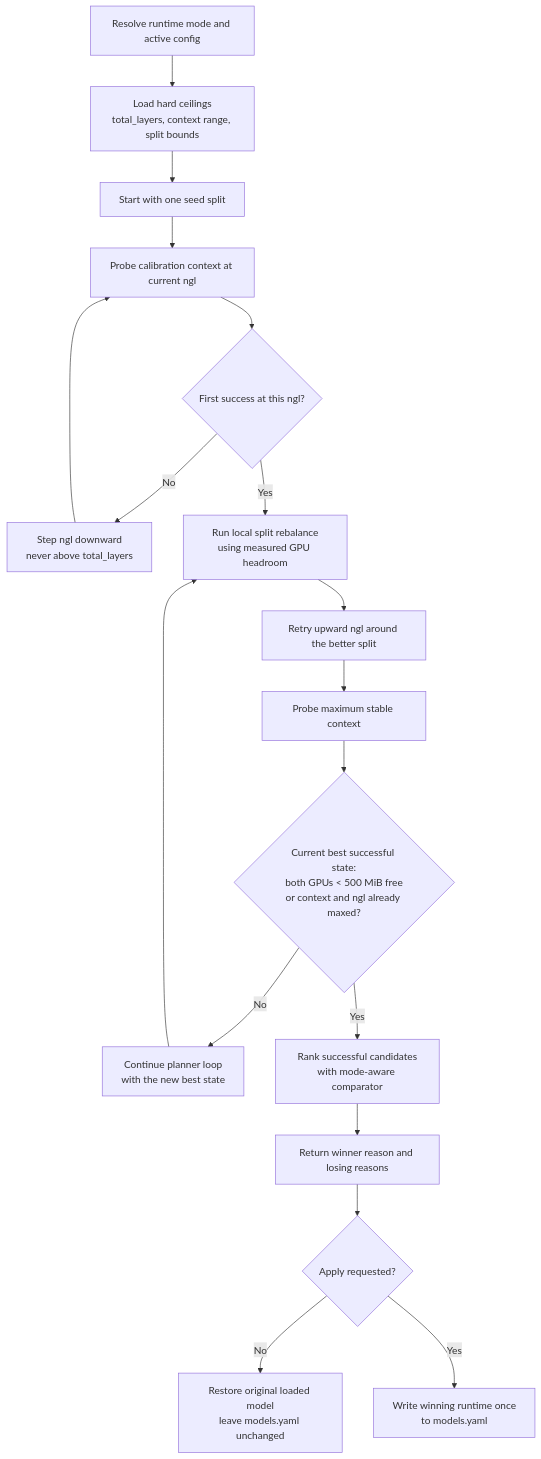
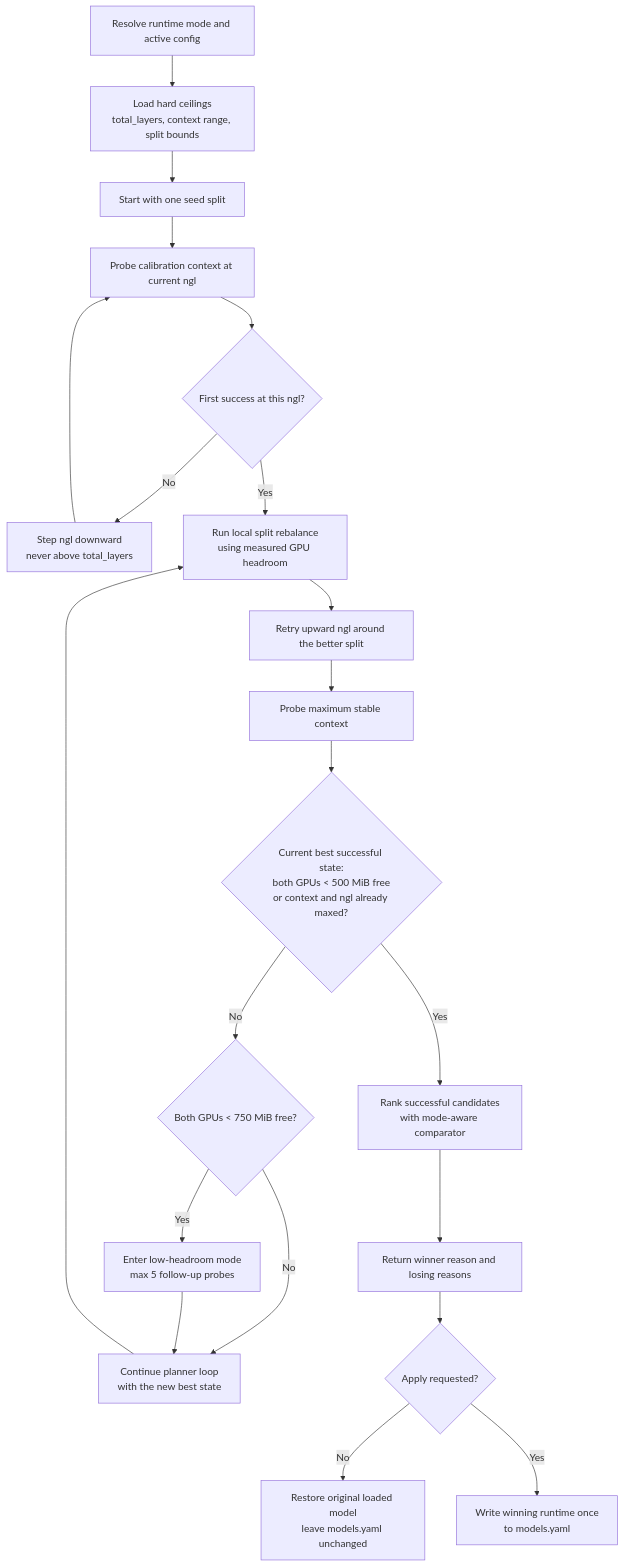
One commit to m0nklabs/guardian-llmprovider-gateway changed the diagram in docs/FINETUNE_V2_REQUIREMENTS.md. Above: the diagram before and after it, drawn with Mermaid. The commit also changed other lines of this file and 1 other file, not shown here.

Commit message:
docs: refine finetune v2 planner rules

````diff
--- a/docs/FINETUNE_V2_REQUIREMENTS.md
+++ b/docs/FINETUNE_V2_REQUIREMENTS.md
@@ -141,20 +182,23 @@
 ```mermaid
 flowchart TD
    A[Resolve runtime mode and active config] --> B[Load hard ceilings<br/>total_layers, context range, split bounds]
    B --> C[Start with one seed split]
    C --> D[Probe calibration context at current ngl]
    D --> E{First success at this ngl?}
    E -- No --> F[Step ngl downward<br/>never above total_layers]
    F --> D
    E -- Yes --> G[Run local split rebalance<br/>using measured GPU headroom]
    G --> H[Retry upward ngl around the better split]
    H --> I[Probe maximum stable context]
    I --> J{Current best successful state:<br/>both GPUs < 500 MiB free<br/>or context and ngl already maxed?}
-   J -- No --> K[Continue planner loop<br/>with the new best state]
-   K --> G
-   J -- Yes --> L[Rank successful candidates<br/>with mode-aware comparator]
-   L --> M[Return winner reason and losing reasons]
-   M --> N{Apply requested?}
-   N -- No --> O[Restore original loaded model<br/>leave models.yaml unchanged]
-   N -- Yes --> P[Write winning runtime once<br/>to models.yaml]
+   J -- No --> K{Both GPUs < 750 MiB free?}
+   K -- Yes --> L[Enter low-headroom mode<br/>max 5 follow-up probes]
+   K -- No --> M[Continue planner loop<br/>with the new best state]
+   L --> M
+   M --> G
+   J -- Yes --> N[Rank successful candidates<br/>with mode-aware comparator]
+   N --> O[Return winner reason and losing reasons]
+   O --> P{Apply requested?}
+   P -- No --> Q[Restore original loaded model<br/>leave models.yaml unchanged]
+   P -- Yes --> R[Write winning runtime once<br/>to models.yaml]
 ```
````
